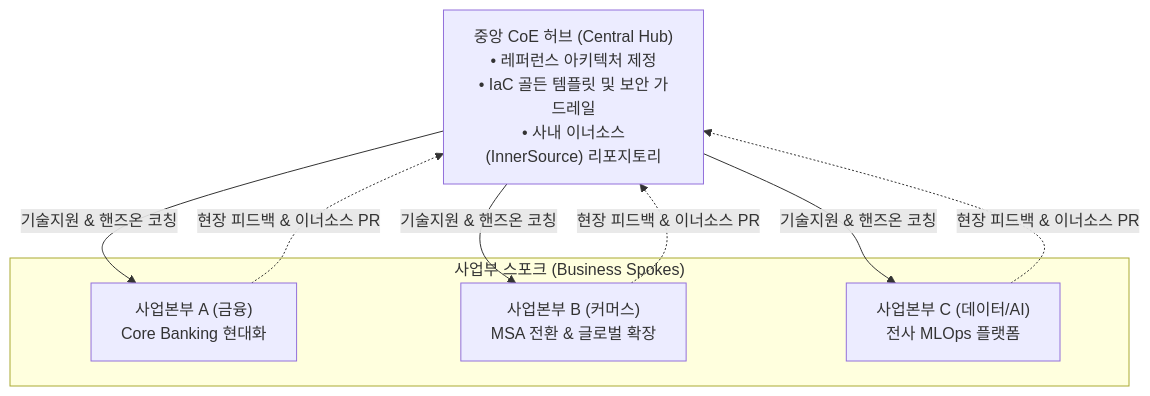
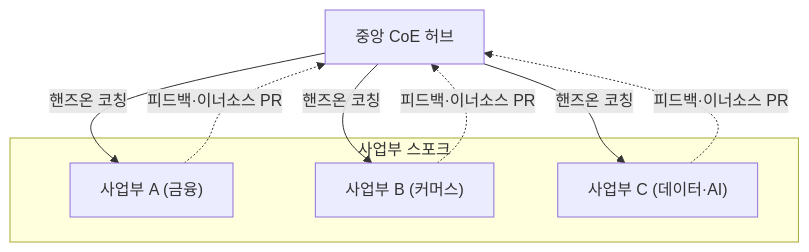
Before and after one commit to agnusdei1207/study: the second of 3 diagrams in src/content/docs/notes/itpe/01-it-strategy/082_coe.md, drawn with Mermaid. The commit also changed other lines of this file and 19 other files, not shown here.

````diff
--- a/src/content/docs/notes/itpe/01-it-strategy/082_coe.md
+++ b/src/content/docs/notes/itpe/01-it-strategy/082_coe.md
@@ -74,18 +69,18 @@
 ```mermaid
 flowchart TD
-    HUB["중앙 CoE 허브 (Central Hub)<br/>• 레퍼런스 아키텍처 제정<br/>• IaC 골든 템플릿 및 보안 가드레일<br/>• 사내 이너소스(InnerSource) 리포지토리"]
+    HUB["중앙 CoE 허브"]
 
-    subgraph SPOKES["사업부 스포크 (Business Spokes)"]
-        BU_A["사업본부 A (금융)<br/>Core Banking 현대화"]
-        BU_B["사업본부 B (커머스)<br/>MSA 전환 & 글로벌 확장"]
-        BU_C["사업본부 C (데이터/AI)<br/>전사 MLOps 플랫폼"]
+    subgraph SPOKES["사업부 스포크"]
+        BU_A["사업부 A (금융)"]
+        BU_B["사업부 B (커머스)"]
+        BU_C["사업부 C (데이터·AI)"]
     end
 
-    HUB -->|기술지원 & 핸즈온 코칭| BU_A
-    HUB -->|기술지원 & 핸즈온 코칭| BU_B
-    HUB -->|기술지원 & 핸즈온 코칭| BU_C
+    HUB -->|핸즈온 코칭| BU_A
+    HUB -->|핸즈온 코칭| BU_B
+    HUB -->|핸즈온 코칭| BU_C
 
-    BU_A -.->|현장 피드백 & 이너소스 PR| HUB
-    BU_B -.->|현장 피드백 & 이너소스 PR| HUB
-    BU_C -.->|현장 피드백 & 이너소스 PR| HUB
+    BU_A -.->|피드백·이너소스 PR| HUB
+    BU_B -.->|피드백·이너소스 PR| HUB
+    BU_C -.->|피드백·이너소스 PR| HUB
 ```
````
